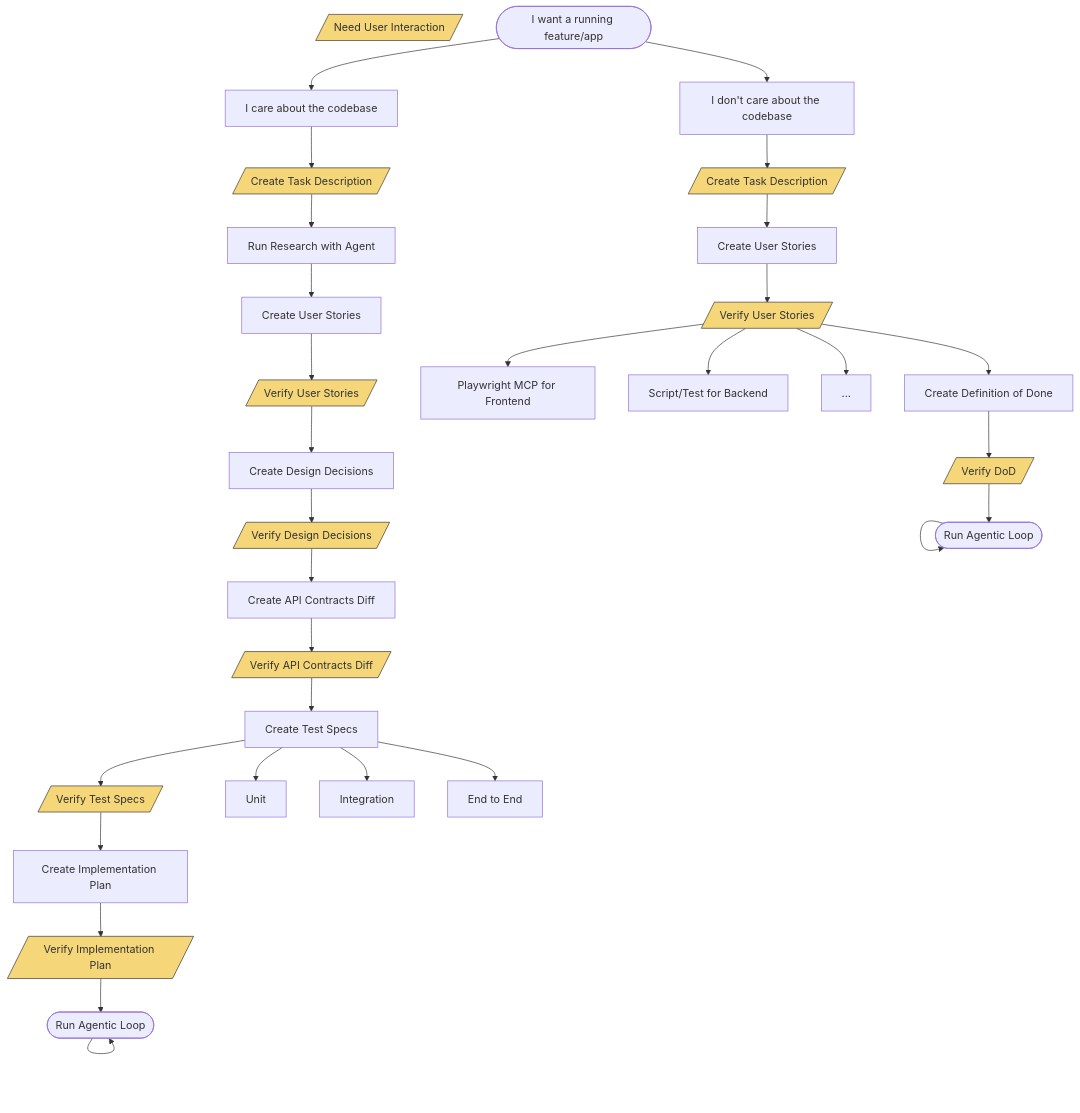
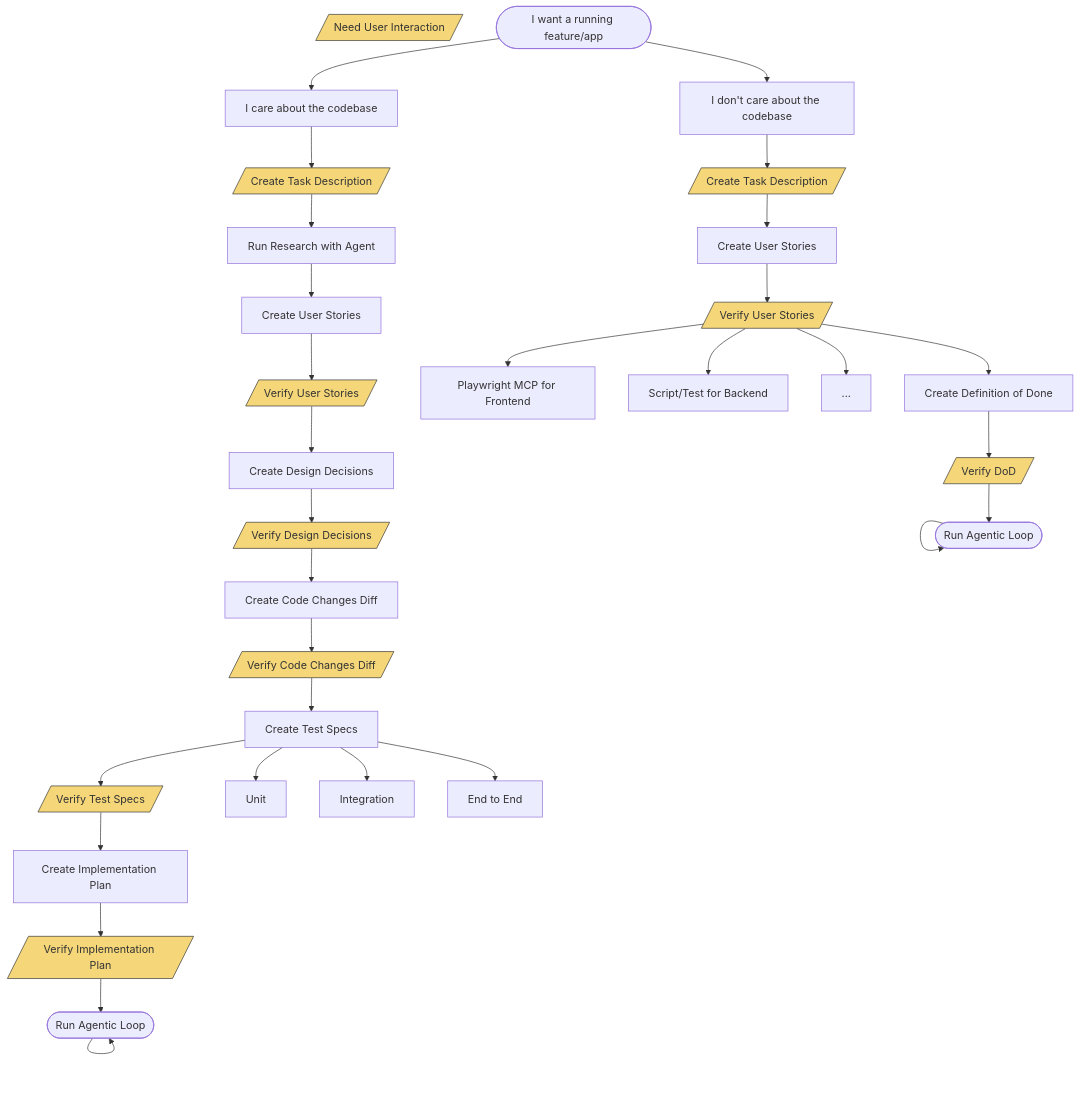
The diagram in PLANNING.md (roman-romanov-o/sahaidachny), drawn with Mermaid before and after one commit. The commit also changed other lines of this file and 44 other files, not shown here.

````diff
--- a/PLANNING.md
+++ b/PLANNING.md
@@ -148,59 +148,59 @@
 ```mermaid
 flowchart TD
     %% Legend
     legend[/"Need User Interaction"/]
     style legend fill:#f5d77a,stroke:#333,stroke-width:1px
 
     %% Entry point
     start(["I want a running feature/app"])
 
     %% Decision split
     start --> dontcare["I don't care about the codebase"]
     start --> care["I care about the codebase"]
 
     %% Left branch - Don't care about codebase
     dontcare --> L_createTask[/"Create Task Description"/]
     L_createTask --> L_createStories["Create User Stories"]
     L_createStories --> L_verifyStories[/"Verify User Stories"/]
     L_verifyStories --> L_createDoD["Create Definition of Done"]
     L_createDoD --> L_verifyDoD[/"Verify DoD"/]
     L_verifyDoD --> L_agenticLoop(["Run Agentic Loop"])
     L_agenticLoop --> L_agenticLoop
 
     %% Left branch verification options
     L_verifyStories --> playwright["Playwright MCP for Frontend"]
     L_verifyStories --> script["Script/Test for Backend"]
     L_verifyStories --> more["..."]
 
     %% Right branch - Care about codebase
     care --> R_createTask[/"Create Task Description"/]
     R_createTask --> R_research["Run Research with Agent"]
     R_research --> R_createStories["Create User Stories"]
     R_createStories --> R_verifyStories[/"Verify User Stories"/]
     R_verifyStories --> R_createDD["Create Design Decisions"]
     R_createDD --> R_verifyDD[/"Verify Design Decisions"/]
-    R_verifyDD --> R_createAPI["Create API Contracts Diff"]
-    R_createAPI --> R_verifyAPI[/"Verify API Contracts Diff"/]
+    R_verifyDD --> R_createAPI["Create Code Changes Diff"]
+    R_createAPI --> R_verifyAPI[/"Verify Code Changes Diff"/]
     R_verifyAPI --> R_createTest["Create Test Specs"]
     R_createTest --> R_verifyTest[/"Verify Test Specs"/]
     R_verifyTest --> R_createImpl["Create Implementation Plan"]
     R_createImpl --> R_verifyImpl[/"Verify Implementation Plan"/]
     R_verifyImpl --> R_agenticLoop(["Run Agentic Loop"])
     R_agenticLoop --> R_agenticLoop
 
     %% Test types branching
     R_createTest --> unit["Unit"]
     R_createTest --> integration["Integration"]
     R_createTest --> e2e["End to End"]
 
     %% Styling for yellow boxes (user interaction needed)
     style L_createTask fill:#f5d77a,stroke:#333,stroke-width:1px
     style L_verifyStories fill:#f5d77a,stroke:#333,stroke-width:1px
     style L_verifyDoD fill:#f5d77a,stroke:#333,stroke-width:1px
     style R_createTask fill:#f5d77a,stroke:#333,stroke-width:1px
     style R_verifyStories fill:#f5d77a,stroke:#333,stroke-width:1px
     style R_verifyDD fill:#f5d77a,stroke:#333,stroke-width:1px
     style R_verifyAPI fill:#f5d77a,stroke:#333,stroke-width:1px
     style R_verifyTest fill:#f5d77a,stroke:#333,stroke-width:1px
     style R_verifyImpl fill:#f5d77a,stroke:#333,stroke-width:1px
 ```
````
